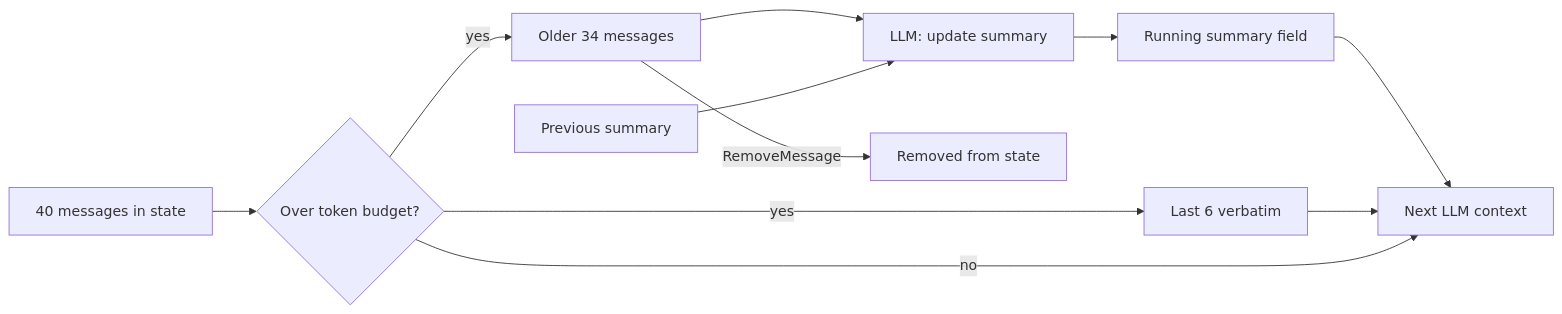
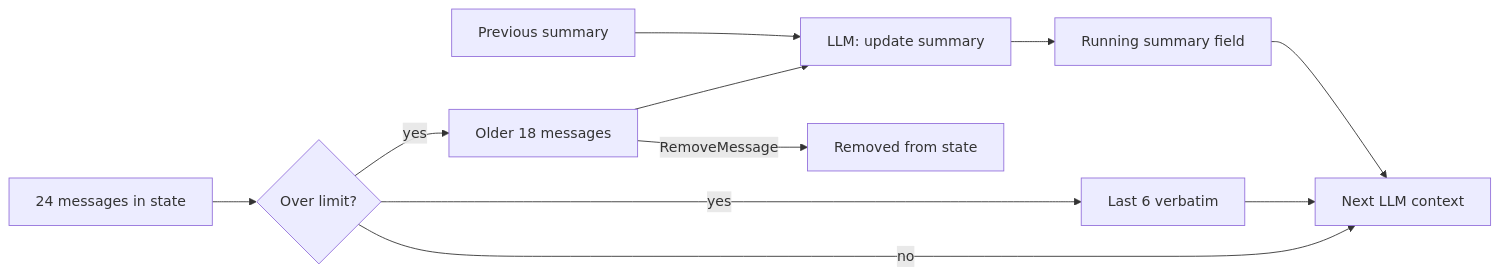
The fourth of 10 diagrams in content/11-agentic/05-memory-context.md (flow6979/viewinter), drawn with Mermaid before and after one commit. The commit also changed other lines of this file and 26 other files, not shown here.

First line of the commit message:
Agentic AI: rewrite all 13 pages to explain from scratch; animate diagrams on every article

````diff
--- a/content/11-agentic/05-memory-context.md
+++ b/content/11-agentic/05-memory-context.md
@@ -92,13 +251,13 @@
 ```mermaid
 flowchart LR
-    H["40 messages in state"] --> SP{"Over token budget?"}
-    SP -->|yes| OLD["Older 34 messages"]
+    H["24 messages in state"] --> SP{"Over limit?"}
+    SP -->|yes| OLD["Older 18 messages"]
     SP -->|yes| KEEP["Last 6 verbatim"]
-    OLD --> S["LLM: update summary"]
-    PS["Previous summary"] --> S
+    PS["Previous summary"] --> S["LLM: update summary"]
+    OLD --> S
     S --> NS["Running summary field"]
     OLD -->|RemoveMessage| DEL["Removed from state"]
     NS --> CTX["Next LLM context"]
     KEEP --> CTX
     SP -->|no| CTX
 ```
````
